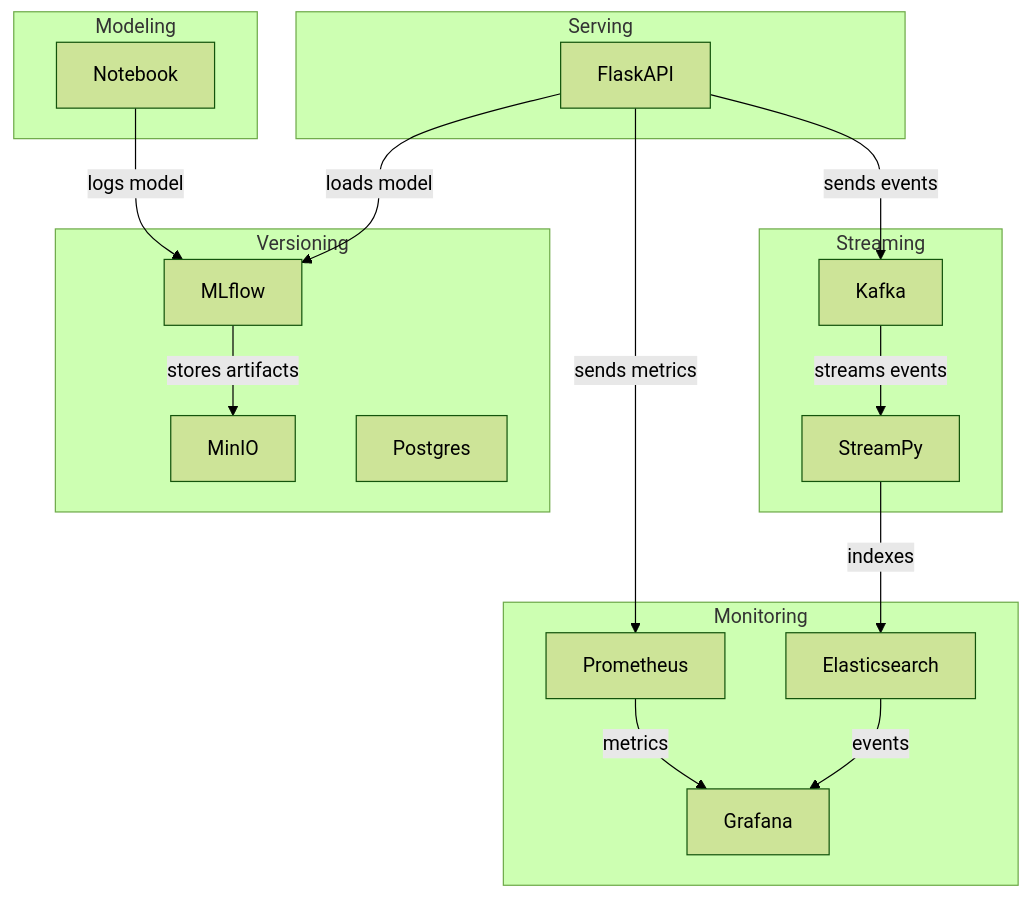
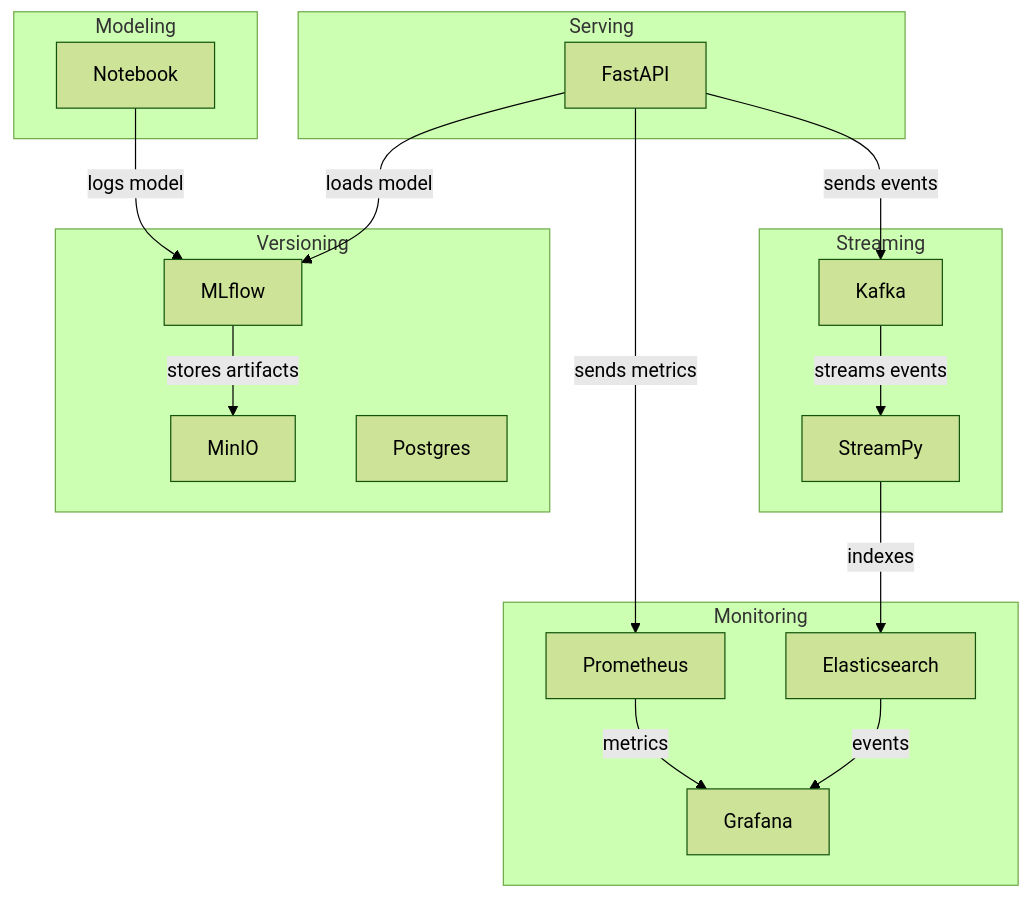
Before and after one commit to matheusvt2/model-serving-and-monitoring: the diagram in README.md, drawn with Mermaid (forest theme). The commit also changed other lines of this file and 6 other files, not shown here.

````diff
--- a/README.md
+++ b/README.md
@@ -27,33 +27,33 @@
 ```mermaid
 graph TD
     subgraph Versioning
         MLflow
         MinIO
         Postgres
     end
     subgraph Modeling
         Notebook
     end
     subgraph Serving
-        FlaskAPI
+        FastAPI
     end
     subgraph Streaming
         Kafka
         StreamPy
     end
     subgraph Monitoring
         Prometheus
         Grafana
         Elasticsearch
     end
 
     Notebook-->|logs model|MLflow
     MLflow-->|stores artifacts|MinIO
-    FlaskAPI-->|loads model|MLflow
-    FlaskAPI-->|sends metrics|Prometheus
-    FlaskAPI-->|sends events|Kafka
+    FastAPI-->|loads model|MLflow
+    FastAPI-->|sends metrics|Prometheus
+    FastAPI-->|sends events|Kafka
     Kafka-->|streams events|StreamPy
     StreamPy-->|indexes|Elasticsearch
     Prometheus-->|metrics|Grafana
     Elasticsearch-->|events|Grafana
 ```
````
